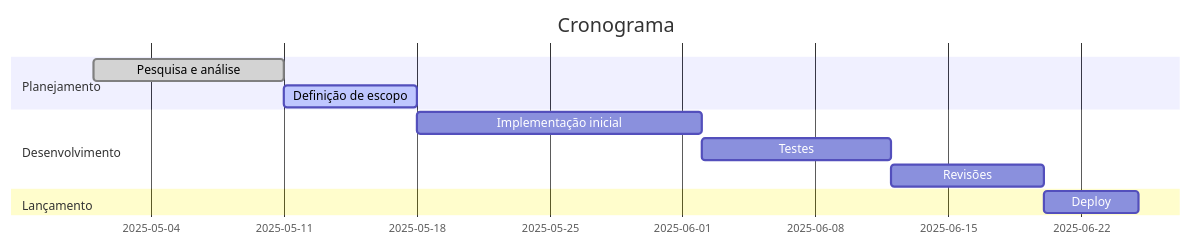
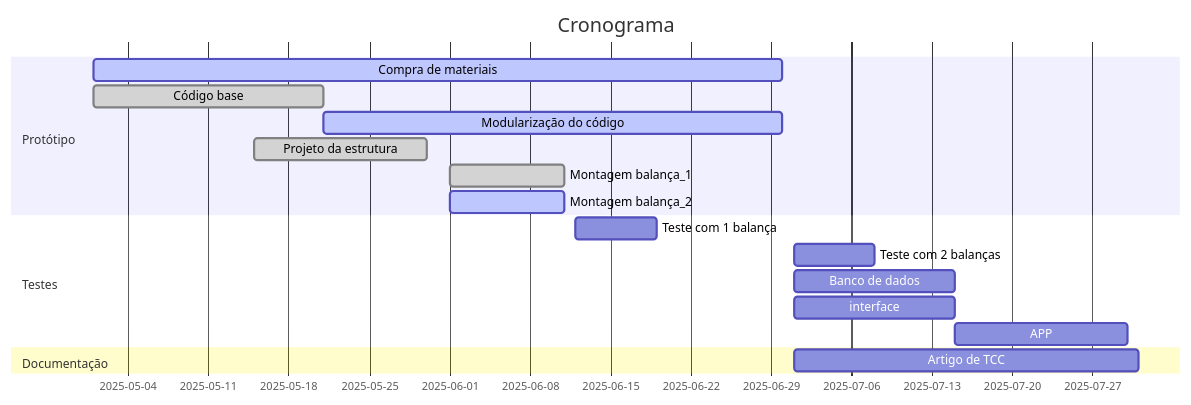
The diagram in gestao/Diagrama de Gantt.md (marcilioc/fluidmess), drawn with Mermaid before and after one commit.

Commit message:
diagrama de gantt v_1

````diff
--- a/gestao/Diagrama de Gantt.md
+++ b/gestao/Diagrama de Gantt.md
@@ -3,14 +3,21 @@
 ``` mermaid
 gantt
     title Cronograma
     dateFormat  YYYY-MM-DD
-    section Planejamento
-    Pesquisa e análise         :done, 2025-05-01, 10d
-    Definição de escopo        :active, 2025-05-11, 7d
-    section Desenvolvimento
-    Implementação inicial      :2025-05-18, 15d
-    Testes                     :2025-06-02, 10d
-    Revisões                   :2025-06-12, 8d
-    section Lançamento
-    Deploy                     :2025-06-20, 5d
+    section Protótipo
+    Compra de materiais         :active, 2025-05-01, 60d
+    Código base                 :done, 2025-05-01, 20d
+    Modularização do código     :active, 2025-05-21, 40d
+    Projeto da estrutura        :done, 2025-05-15, 15d
+    Montagem balança_1          :done, 2025-06-01, 10d
+    Montagem balança_2          :active, 2025-06-01, 10d
+    section Testes
+    Teste com 1 balança          :, 2025-06-12, 7d
+    Teste com 2 balanças         :, 2025-07-01, 7d
+    Banco de dados               :, 2025-07-01, 14d
+    interface                    :, 2025-07-01, 14d
+    APP                          :, 2025-07-15, 15d
+
+    section Documentação
+    Artigo de TCC                     :2025-07-01, 30d
 ```
````
